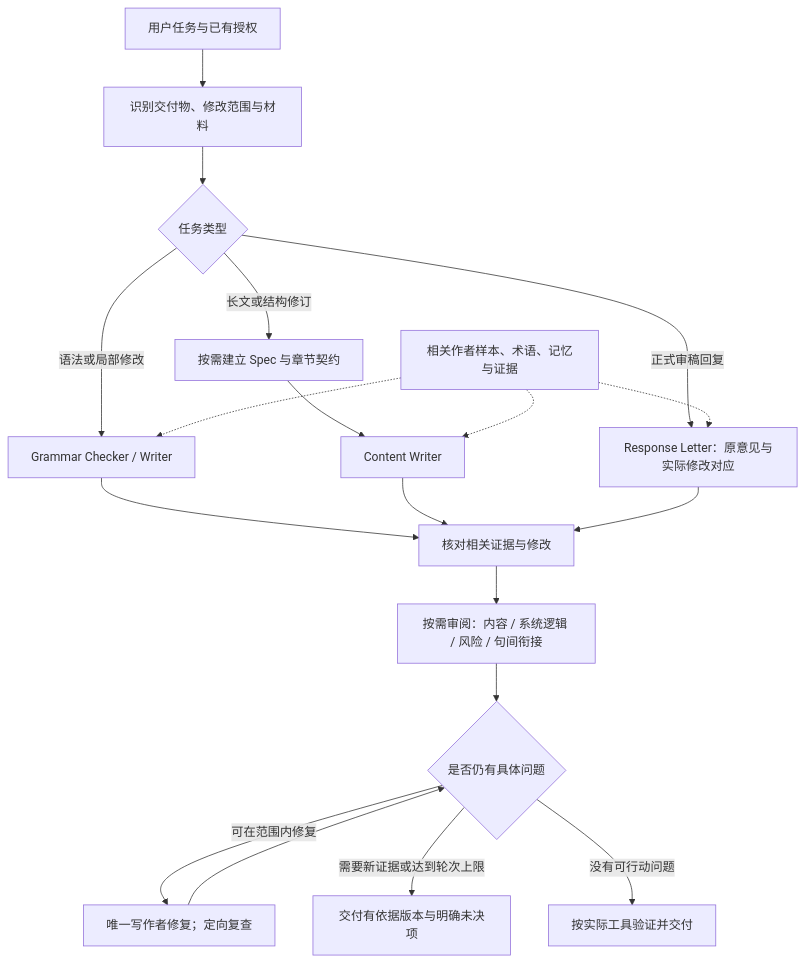
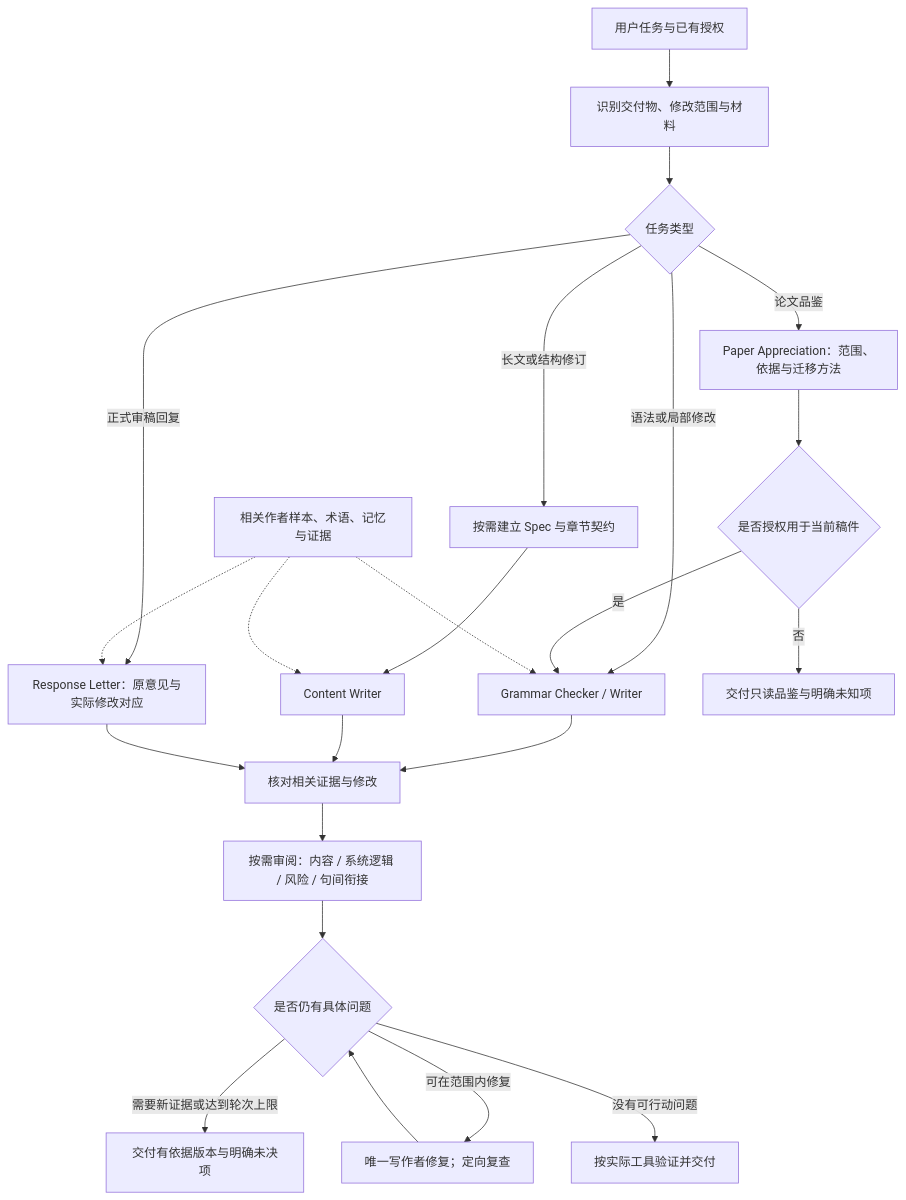
Before and after one commit to donghuixin/AI-Vibe-Writing-Skills: the first of 2 diagrams in README.md, drawn with Mermaid. The commit also changed other lines of this file and 16 other files, not shown here.

First line of the commit message:
feat: add evidence-based paper appreciation module

````diff
--- a/README.md
+++ b/README.md
@@ -86,21 +98,25 @@
 ```mermaid
 flowchart TD
     A[用户任务与已有授权] --> B[识别交付物、修改范围与材料]
     B --> C{任务类型}
     C -->|语法或局部修改| D[Grammar Checker / Writer]
     C -->|长文或结构修订| E[按需建立 Spec 与章节契约]
     E --> F[Content Writer]
     C -->|正式审稿回复| G[Response Letter：原意见与实际修改对应]
+    C -->|论文品鉴| O[Paper Appreciation：范围、依据与迁移方法]
+    O --> P{是否授权用于当前稿件}
+    P -->|否| Q[交付只读品鉴与明确未知项]
+    P -->|是| D
     D --> H[核对相关证据与修改]
     F --> H
     G --> H
     M[相关作者样本、术语、记忆与证据] -.-> D
     M -.-> F
     M -.-> G
     H --> I[按需审阅：内容 / 系统逻辑 / 风险 / 句间衔接]
     I --> J{是否仍有具体问题}
     J -->|可在范围内修复| K[唯一写作者修复；定向复查]
     K --> J
     J -->|需要新证据或达到轮次上限| L[交付有依据版本与明确未决项]
     J -->|没有可行动问题| N[按实际工具验证并交付]
 ```
````
